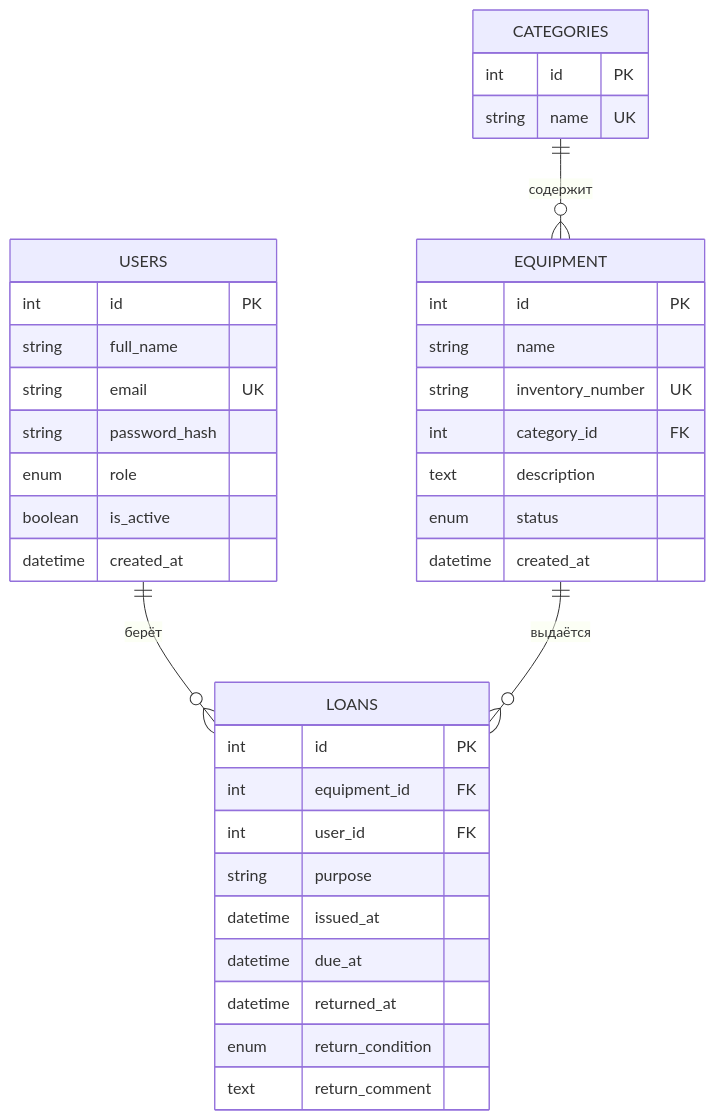
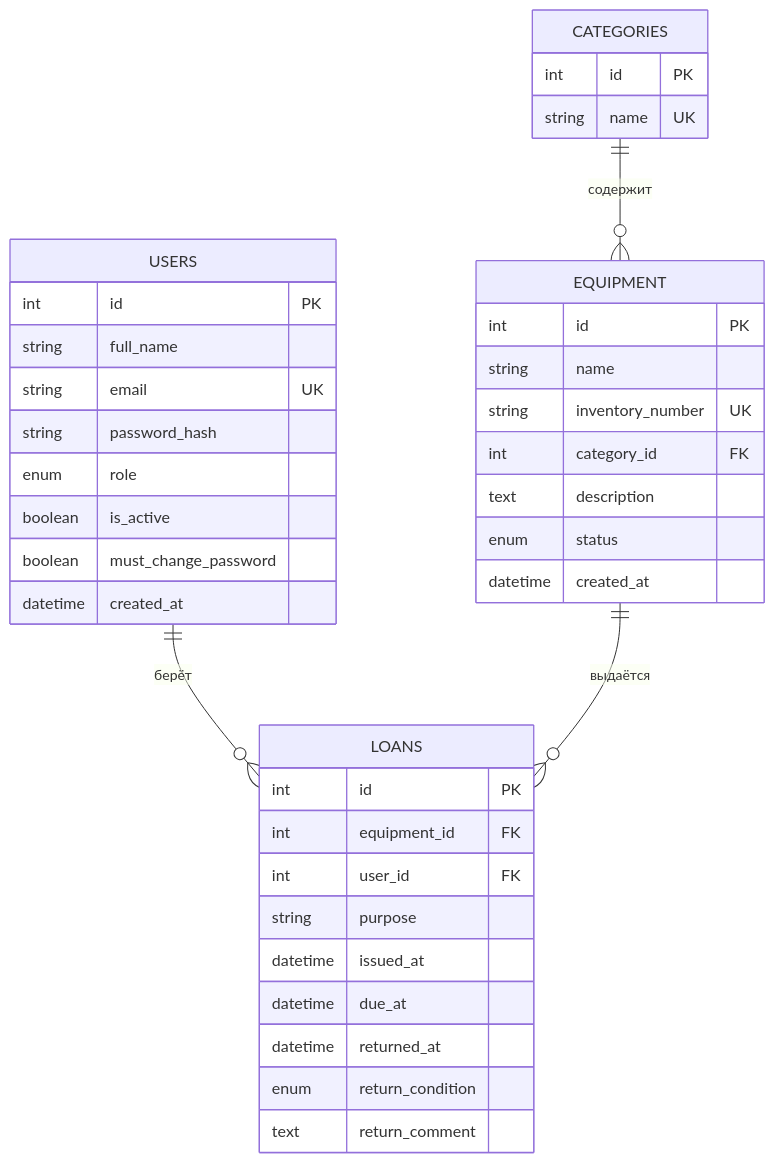
The first of 2 diagrams in docs/architecture.md (arvixhaku/CASE), drawn with Mermaid before and after one commit. The commit also changed other lines of this file, not shown here.

````diff
--- a/docs/architecture.md
+++ b/docs/architecture.md
@@ -170,40 +176,41 @@
 ```mermaid
 erDiagram
     USERS ||--o{ LOANS : "берёт"
     EQUIPMENT ||--o{ LOANS : "выдаётся"
     CATEGORIES ||--o{ EQUIPMENT : "содержит"
 
     USERS {
         int id PK
         string full_name
         string email UK
         string password_hash
         enum role
         boolean is_active
+        boolean must_change_password
         datetime created_at
     }
     CATEGORIES {
         int id PK
         string name UK
     }
     EQUIPMENT {
         int id PK
         string name
         string inventory_number UK
         int category_id FK
         text description
         enum status
         datetime created_at
     }
     LOANS {
         int id PK
         int equipment_id FK
         int user_id FK
         string purpose
         datetime issued_at
         datetime due_at
         datetime returned_at
         enum return_condition
         text return_comment
     }
 ```
````
